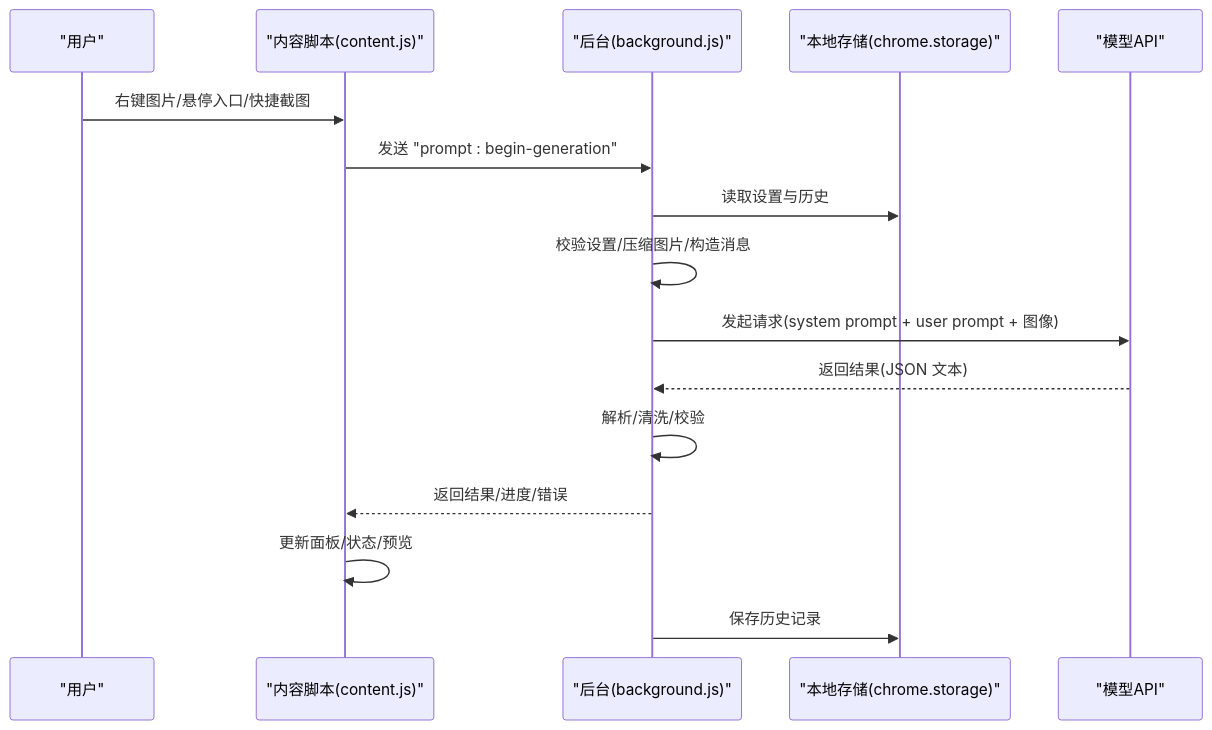
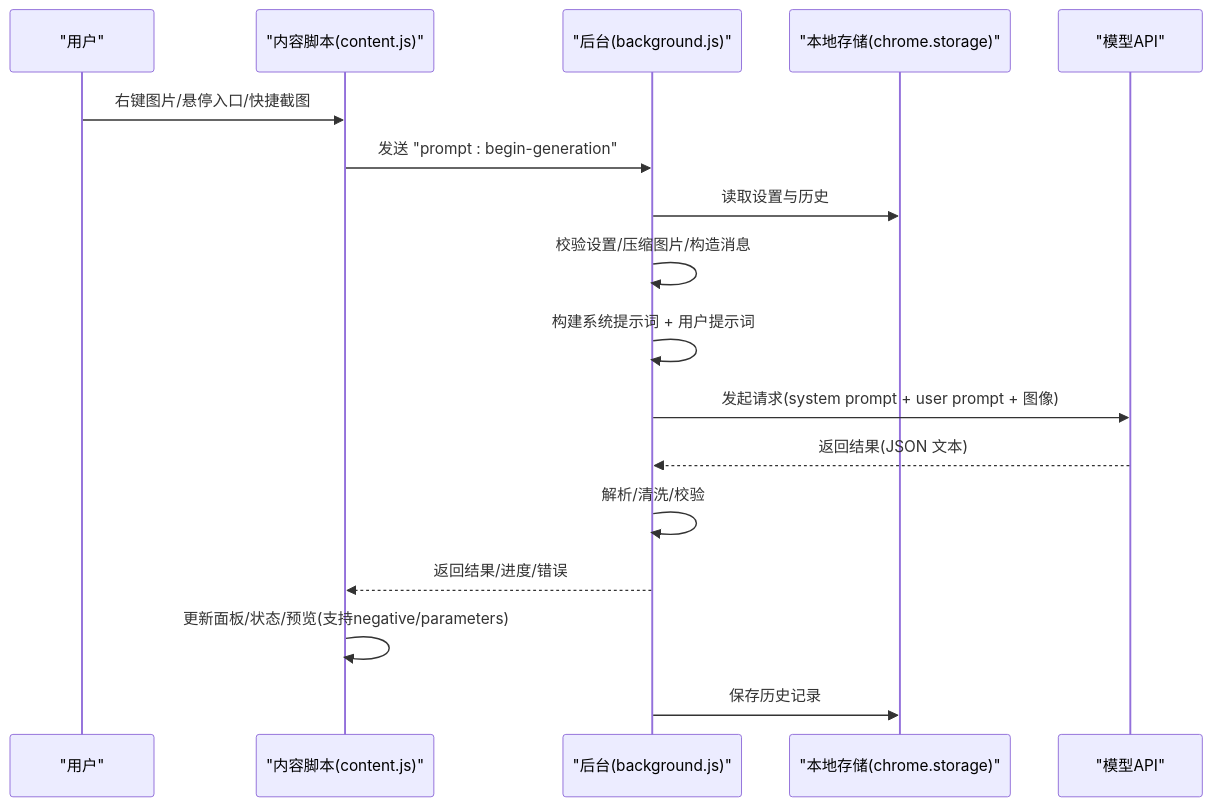
Before and after one commit to binasi/Img2Prompt: the second of 5 diagrams in .qoder/repowiki/zh/content/配置与定制/高级定制.md, drawn with Mermaid. The commit also changed other lines of this file and 21 other files, not shown here.

````diff
--- a/.qoder/repowiki/zh/content/配置与定制/高级定制.md
+++ b/.qoder/repowiki/zh/content/配置与定制/高级定制.md
@@ -117,18 +117,19 @@
 ```mermaid
 sequenceDiagram
 participant User as "用户"
 participant Content as "内容脚本(content.js)"
 participant Background as "后台(background.js)"
 participant Storage as "本地存储(chrome.storage)"
 participant Model as "模型API"
 User->>Content : 右键图片/悬停入口/快捷截图
 Content->>Background : 发送 "prompt : begin-generation"
 Background->>Storage : 读取设置与历史
 Background->>Background : 校验设置/压缩图片/构造消息
+Background->>Background : 构建系统提示词 + 用户提示词
 Background->>Model : 发起请求(system prompt + user prompt + 图像)
 Model-->>Background : 返回结果(JSON 文本)
 Background->>Background : 解析/清洗/校验
 Background-->>Content : 返回结果/进度/错误
-Content->>Content : 更新面板/状态/预览
+Content->>Content : 更新面板/状态/预览(支持negative/parameters)
 Background->>Storage : 保存历史记录
 ```
````
